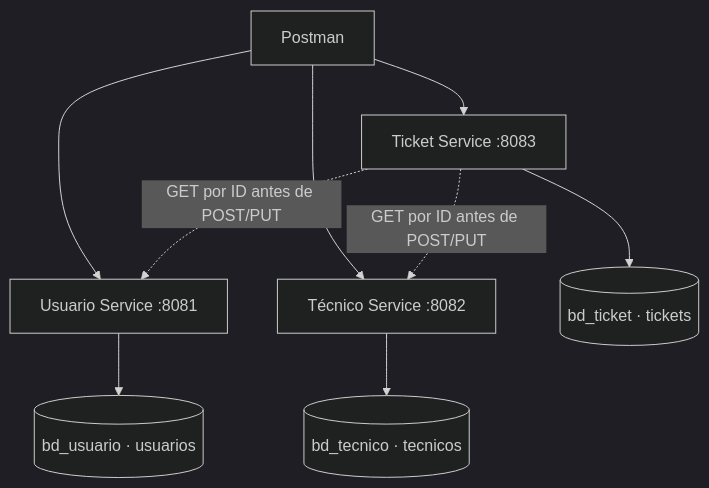
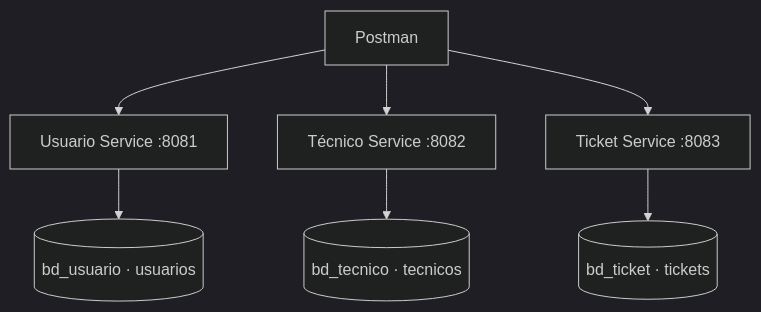
One commit to leonel-m4/EVALUACION03-DAW changed the diagram in docs/diagrama.md. Above: the diagram before and after it, drawn with Mermaid (dark theme). The commit also changed other lines of this file and 13 other files, not shown here.

````diff
--- a/docs/diagrama.md
+++ b/docs/diagrama.md
@@ -5,11 +5,9 @@
 ```mermaid
 flowchart TD
     P[Postman] --> U[Usuario Service :8081]
     P --> T[Técnico Service :8082]
     P --> K[Ticket Service :8083]
     U --> DU[(bd_usuario · usuarios)]
     T --> DT[(bd_tecnico · tecnicos)]
     K --> DK[(bd_ticket · tickets)]
-    K -. GET por ID antes de POST/PUT .-> U
-    K -. GET por ID antes de POST/PUT .-> T
 ```
````
